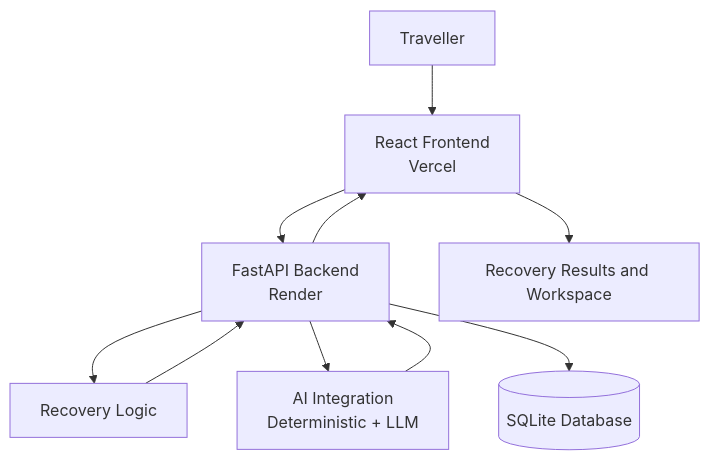
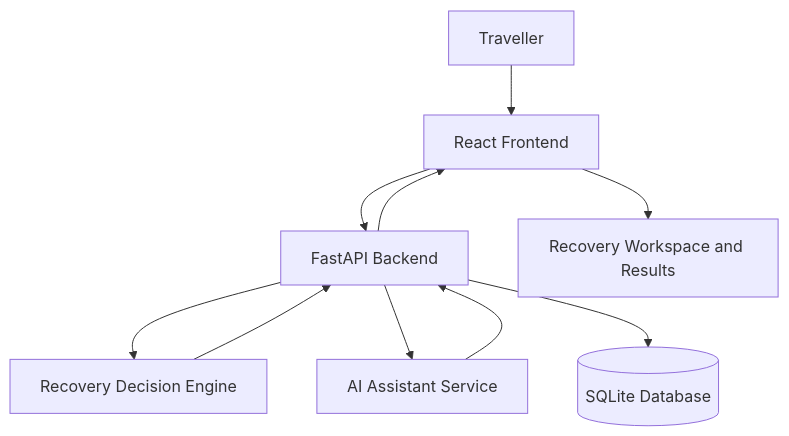
One commit to abhisheksuvarna782-coder/SAHYADRI-HAKATHON changed the second of 2 diagrams in README.md. Above: the diagram before and after it, drawn with Mermaid. The commit also changed other lines of this file, not shown here.

````diff
--- a/README.md
+++ b/README.md
@@ -90,12 +97,12 @@
 ```mermaid
 flowchart TB
-    U[Traveller] --> FE[React Frontend\nVercel]
-    FE --> API[FastAPI Backend\nRender]
-    API --> REC[Recovery Logic]
-    API --> AI[AI Integration\nDeterministic + LLM]
+    U[Traveller] --> FE[React Frontend]
+    FE --> API[FastAPI Backend]
+    API --> REC[Recovery Decision Engine]
+    API --> AI[AI Assistant Service]
     API --> DB[(SQLite Database)]
     REC --> API
     AI --> API
     API --> FE
-    FE --> OUT[Recovery Results and Workspace]
+    FE --> OUT[Recovery Workspace and Results]
 ```
````
